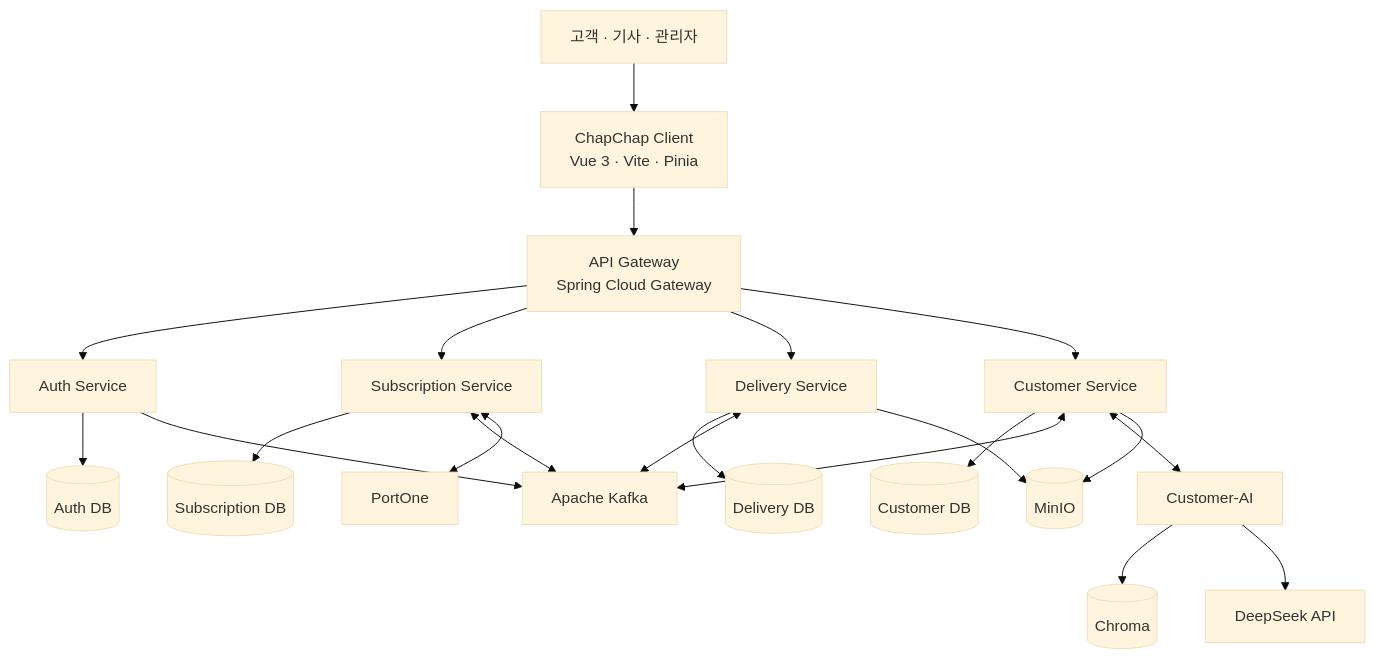
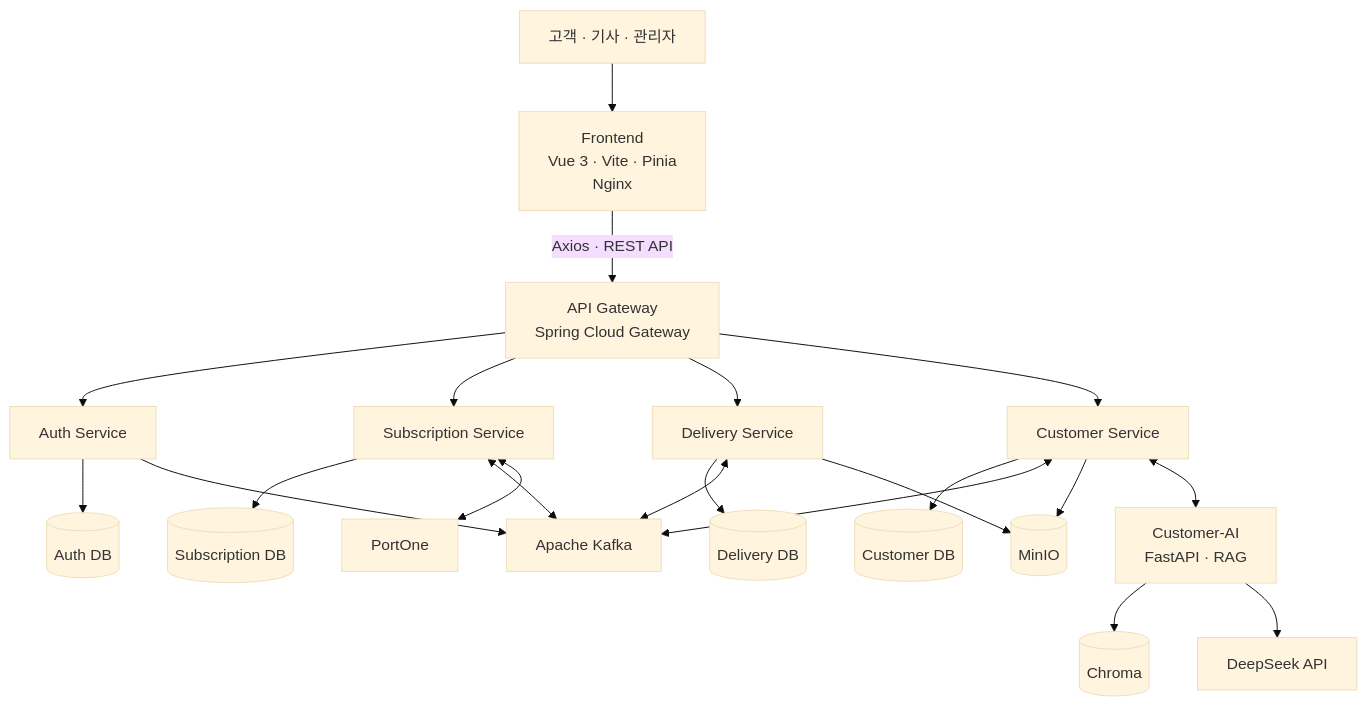
The third of 5 diagrams in profile/README.md (1-team-whyNot-chapchap/.github), drawn with Mermaid (base theme) before and after one commit. The commit also changed other lines of this file, not shown here.

First line of the commit message:
Revise README for improved service description

````diff
--- a/profile/README.md
+++ b/profile/README.md
@@ -247,54 +145,52 @@
 ```mermaid
 flowchart TB
-
     USER["고객 · 기사 · 관리자"]
 
-    CLIENT["ChapChap Client<br/>Vue 3 · Vite · Pinia"]
-
+    FE["Frontend<br/>Vue 3 · Vite · Pinia<br/>Nginx"]
     GW["API Gateway<br/>Spring Cloud Gateway"]
 
     AUTH["Auth Service"]
     SUB["Subscription Service"]
     DLV["Delivery Service"]
-    CUSTOMER["Customer Service"]
-    AI["Customer-AI"]
+    CUS["Customer Service"]
+    AI["Customer-AI<br/>FastAPI · RAG"]
 
     KAFKA["Apache Kafka"]
 
     AUTHDB[("Auth DB")]
     SUBDB[("Subscription DB")]
     DLVDB[("Delivery DB")]
     CUSDB[("Customer DB")]
 
     MINIO[("MinIO")]
+    PORTONE["PortOne"]
     VECTOR[("Chroma")]
     LLM["DeepSeek API"]
-    PAY["PortOne"]
 
-    USER --> CLIENT
-    CLIENT --> GW
+    USER --> FE
+    FE -->|"Axios · REST API"| GW
 
     GW --> AUTH
     GW --> SUB
     GW --> DLV
-    GW --> CUSTOMER
+    GW --> CUS
 
     AUTH --> AUTHDB
     SUB --> SUBDB
     DLV --> DLVDB
-    CUSTOMER --> CUSDB
+    CUS --> CUSDB
 
     AUTH --> KAFKA
     SUB <--> KAFKA
     DLV <--> KAFKA
-    CUSTOMER <--> KAFKA
+    CUS <--> KAFKA
 
-    CUSTOMER <--> AI
+    SUB <--> PORTONE
+
+    DLV --> MINIO
+    CUS --> MINIO
+
+    CUS <--> AI
     AI --> VECTOR
     AI --> LLM
-
-    SUB <--> PAY
-
-    DLV --> MINIO
-    CUSTOMER --> MINIO
 ```
````
